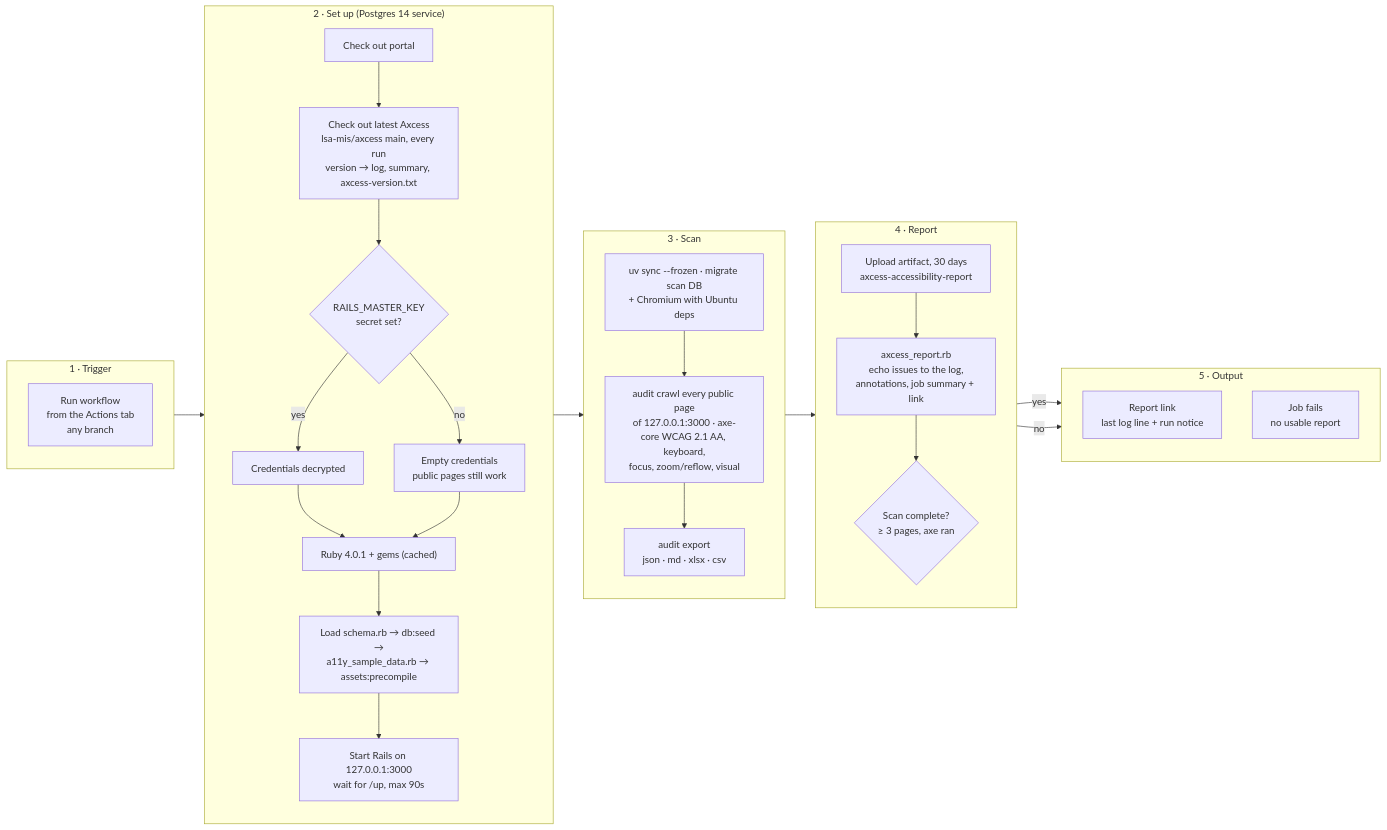
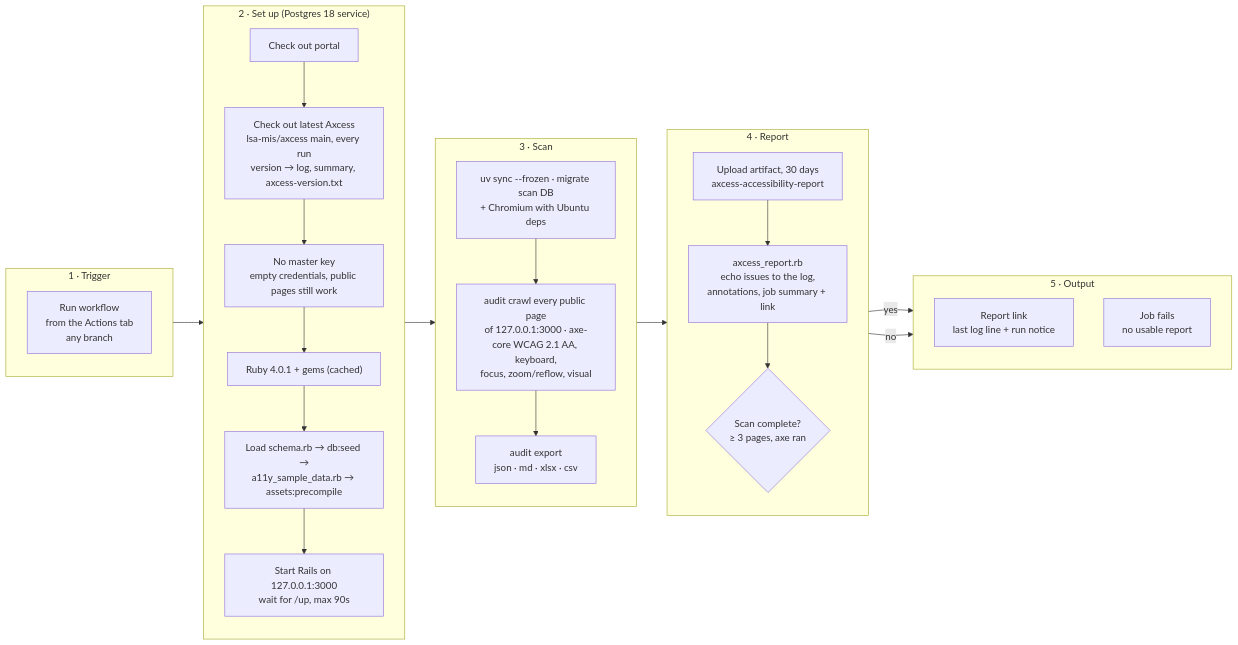
Before and after one commit to lsa-mis/biorepository_portal: the diagram in reports/README.md, drawn with Mermaid. The commit also changed other lines of this file and 2 other files, not shown here.

First line of the commit message:
Run Axcess on Postgres 18 without the master key in CI

````diff
--- a/reports/README.md
+++ b/reports/README.md
@@ -18,51 +18,47 @@
 ```mermaid
 flowchart LR
   subgraph trigger["1 · Trigger"]
     direction TB
     manual["Run workflow<br/>from the Actions tab<br/>any branch"]
   end
 
-  subgraph setup["2 · Set up (Postgres 14 service)"]
+  subgraph setup["2 · Set up (Postgres 18 service)"]
     direction TB
     co_app["Check out portal"]
     co_axcess["Check out latest Axcess<br/>lsa-mis/axcess main, every run<br/>version → log, summary, axcess-version.txt"]
-    key{"RAILS_MASTER_KEY<br/>secret set?"}
-    key_yes["Credentials decrypted"]
-    key_no["Empty credentials<br/>public pages still work"]
+    nokey["No master key<br/>empty credentials, public pages still work"]
     ruby["Ruby 4.0.1 + gems (cached)"]
     db["Load schema.rb → db:seed →<br/>a11y_sample_data.rb → assets:precompile"]
     rails["Start Rails on 127.0.0.1:3000<br/>wait for /up, max 90s"]
-    co_app --> co_axcess --> key
-    key -- yes --> key_yes --> ruby
-    key -- no --> key_no --> ruby
+    co_app --> co_axcess --> nokey --> ruby
     ruby --> db --> rails
   end
 
   subgraph scan["3 · Scan"]
     direction TB
     install["uv sync --frozen · migrate scan DB<br/>+ Chromium with Ubuntu deps"]
     crawl["audit crawl every public page<br/>of 127.0.0.1:3000 · axe-core WCAG 2.1 AA, keyboard,<br/>focus, zoom/reflow, visual"]
     export["audit export<br/>json · md · xlsx · csv"]
     install --> crawl --> export
   end
 
   subgraph report["4 · Report"]
     direction TB
     upload["Upload artifact, 30 days<br/>axcess-accessibility-report"]
     summarize["axcess_report.rb<br/>echo issues to the log,<br/>annotations, job summary + link"]
     guard{"Scan complete?<br/>≥ 3 pages, axe ran"}
     upload --> summarize --> guard
   end
 
   subgraph outputs["5 · Output"]
     direction TB
     link["Report link<br/>last log line + run notice"]
     broken["Job fails<br/>no usable report"]
   end
 
   trigger --> co_app
   rails --> install
   export --> upload
   guard -- yes --> link
   guard -- no --> broken
 ```
````
